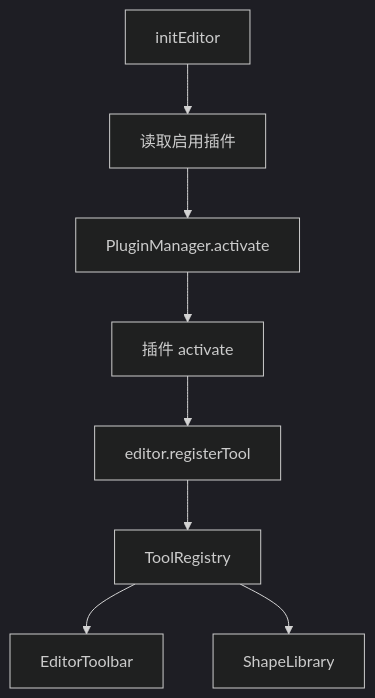
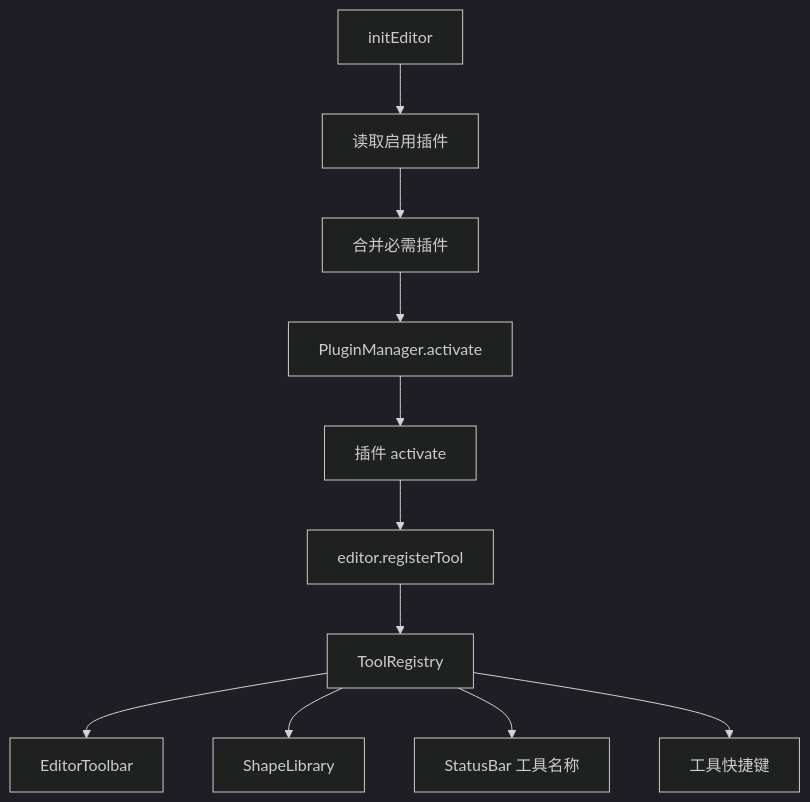
One commit to 2992362310/leafer-flow changed the first of 2 diagrams in docs/plugin-architecture.md. Above: the diagram before and after it, drawn with Mermaid (dark theme). The commit also changed other lines of this file and 33 other files, not shown here.

Commit message:
Refine plugin-driven editor architecture

````diff
--- a/docs/plugin-architecture.md
+++ b/docs/plugin-architecture.md
@@ -75,10 +99,13 @@
 ```mermaid
 flowchart TD
     A[initEditor] --> B[读取启用插件]
-    B --> C[PluginManager.activate]
-    C --> D[插件 activate]
-    D --> E[editor.registerTool]
-    E --> F[ToolRegistry]
-    F --> G[EditorToolbar]
-    F --> H[ShapeLibrary]
+    B --> C[合并必需插件]
+    C --> D[PluginManager.activate]
+    D --> E[插件 activate]
+    E --> F[editor.registerTool]
+    F --> G[ToolRegistry]
+    G --> H[EditorToolbar]
+    G --> I[ShapeLibrary]
+    G --> J[StatusBar 工具名称]
+    G --> K[工具快捷键]
 ```
````
